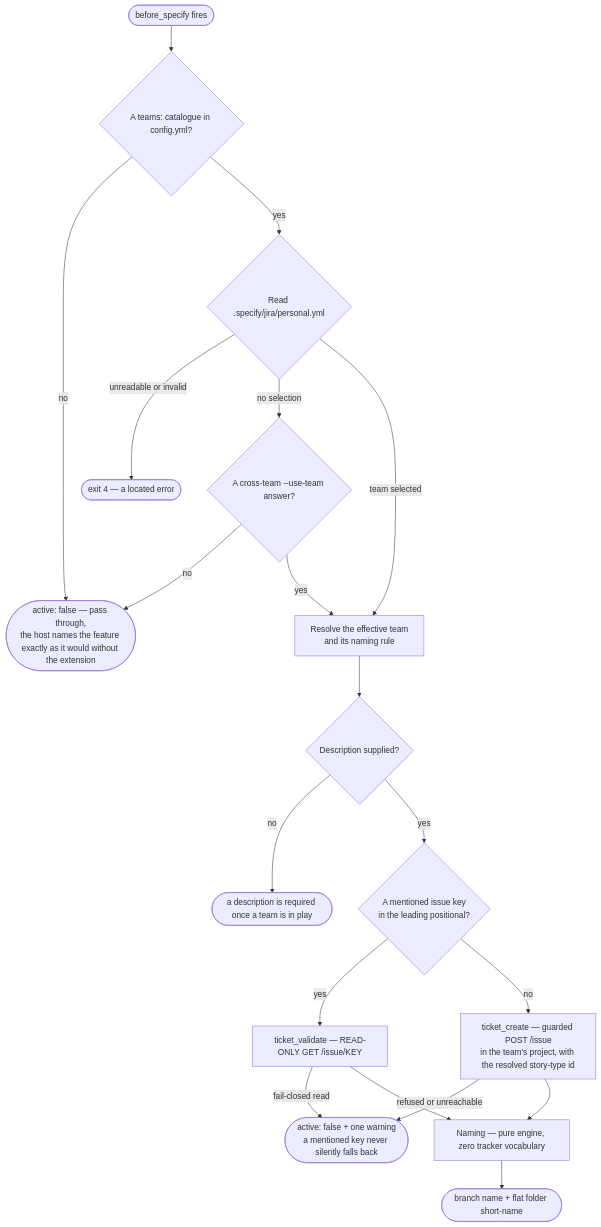
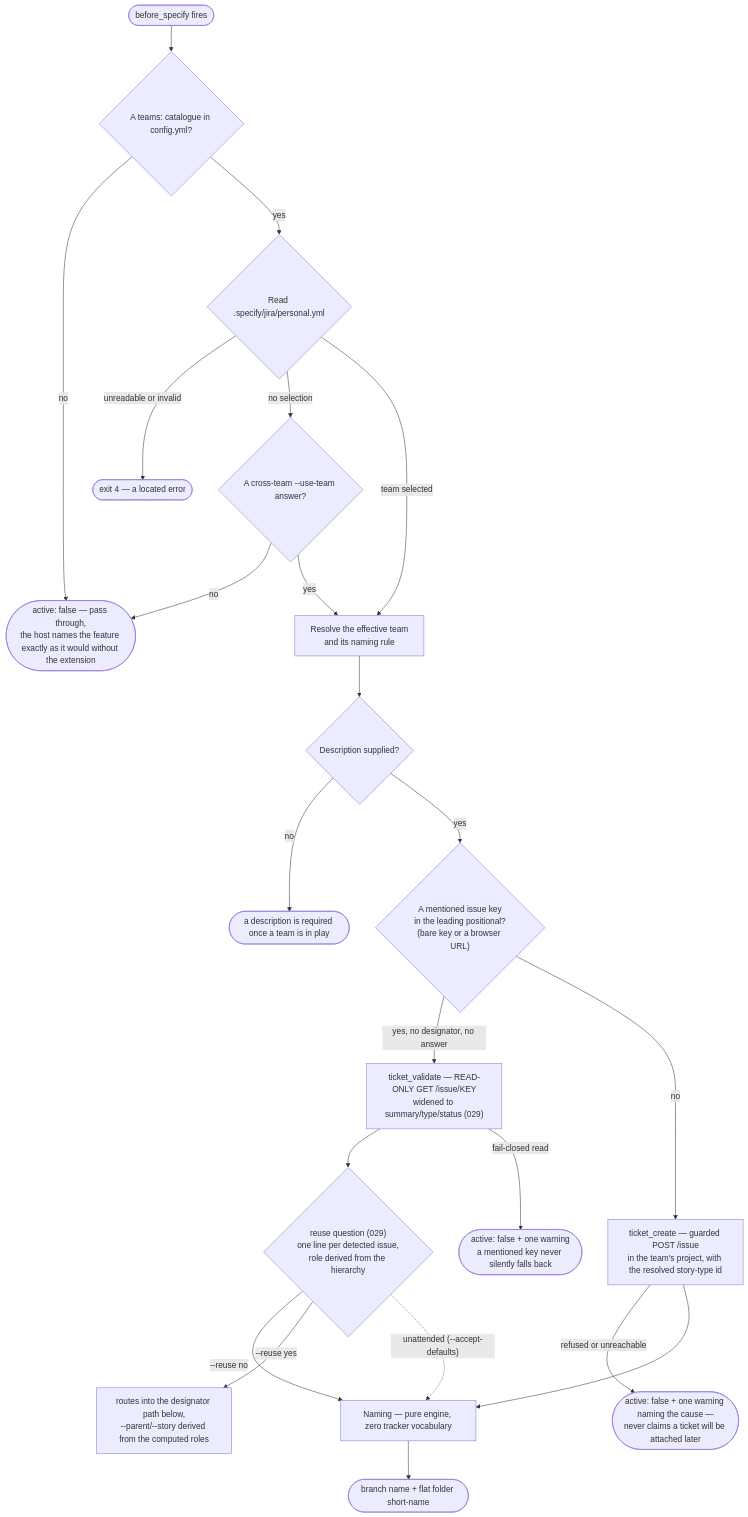
The first of 5 diagrams in docs/06-feature-naming.md (Fyloss/spec-kit-jira), drawn with Mermaid before and after one commit. The commit also changed other lines of this file and 59 other files, not shown here.

First line of the commit message:
feat(jira): ask before naming a feature from a mentioned ticket (#42)

````diff
--- a/docs/06-feature-naming.md
+++ b/docs/06-feature-naming.md
@@ -9,27 +9,31 @@
 ```mermaid
 flowchart TD
     Start(["before_specify fires"]) --> Cat{"A teams: catalogue in config.yml?"}
     Cat -->|"no"| Pass(["active: false — pass through,<br/>the host names the feature exactly as it would without the extension"])
 
     Cat -->|"yes"| Personal{"Read .specify/jira/personal.yml"}
     Personal -->|"unreadable or invalid"| Fail(["exit 4 — a located error"])
     Personal -->|"no selection"| Cross{"A cross-team --use-team answer?"}
     Cross -->|"no"| Pass
     Cross -->|"yes"| Team
 
     Personal -->|"team selected"| Team["Resolve the effective team<br/>and its naming rule"]
     Team --> Desc{"Description supplied?"}
     Desc -->|"no"| Fail2(["a description is required once a team is in play"])
     Desc -->|"yes"| Ticket
 
-    Ticket{"A mentioned issue key<br/>in the leading positional?"}
-    Ticket -->|"yes"| Validate["ticket_validate — READ-ONLY GET /issue/KEY"]
+    Ticket{"A mentioned issue key<br/>in the leading positional?<br/>(bare key or a browser URL)"}
+    Ticket -->|"yes, no designator, no answer"| Validate["ticket_validate — READ-ONLY GET /issue/KEY<br/>widened to summary/type/status (029)"]
     Ticket -->|"no"| Create["ticket_create — guarded POST /issue<br/>in the team's project, with the resolved story-type id"]
 
+    Validate --> Ask{"reuse question (029)<br/>one line per detected issue,<br/>role derived from the hierarchy"}
+    Ask -->|"--reuse no"| Name
+    Ask -->|"--reuse yes"| Designators["routes into the designator path below,<br/>--parent/--story derived from the computed roles"]
+    Ask -.->|"unattended (--accept-defaults)"| Name
+
     Validate -->|"fail-closed read"| Warn(["active: false + one warning<br/>a mentioned key never silently falls back"])
-    Create -->|"refused or unreachable"| Warn
+    Create -->|"refused or unreachable"| Warn2(["active: false + one warning naming the cause —<br/>never claims a ticket will be attached later"])
 
-    Validate --> Name
     Create --> Name["Naming — pure engine, zero tracker vocabulary"]
     Name --> Out(["branch name + flat folder short-name"])
 ```
````
